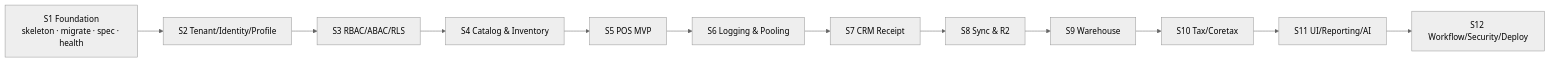
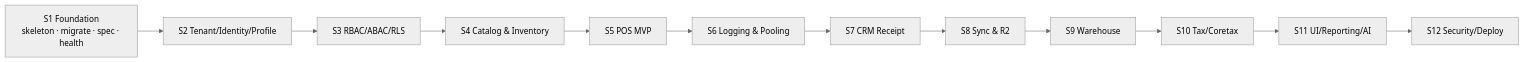
Before and after one commit to ahliweb/awcms-micro: the diagram in docs/awcms-micro/11_implementation_blueprint.md, drawn with Mermaid (neutral theme). The commit also changed other lines of this file and 45 other files, not shown here.

First line of the commit message:
docs(scope): remove unported ERP modules from active architecture, ERD, SOP, threat-model, and governance docs (#263) (#277)

````diff
--- a/docs/awcms-micro/11_implementation_blueprint.md
+++ b/docs/awcms-micro/11_implementation_blueprint.md
@@ -19,14 +19,14 @@
 ```mermaid
 flowchart LR
   S1[S1 Foundation<br/>skeleton · migrate · spec · health] --> S2[S2 Tenant/Identity/Profile]
   S2 --> S3[S3 RBAC/ABAC/RLS]
   S3 --> S4[S4 Catalog & Inventory]
   S4 --> S5[S5 POS MVP]
   S5 --> S6[S6 Logging & Pooling]
   S6 --> S7[S7 CRM Receipt]
   S7 --> S8[S8 Sync & R2]
   S8 --> S9[S9 Warehouse]
   S9 --> S10[S10 Tax/Coretax]
   S10 --> S11[S11 UI/Reporting/AI]
-  S11 --> S12[S12 Workflow/Security/Deploy]
+  S11 --> S12[S12 Security/Deploy]
 ```
````
